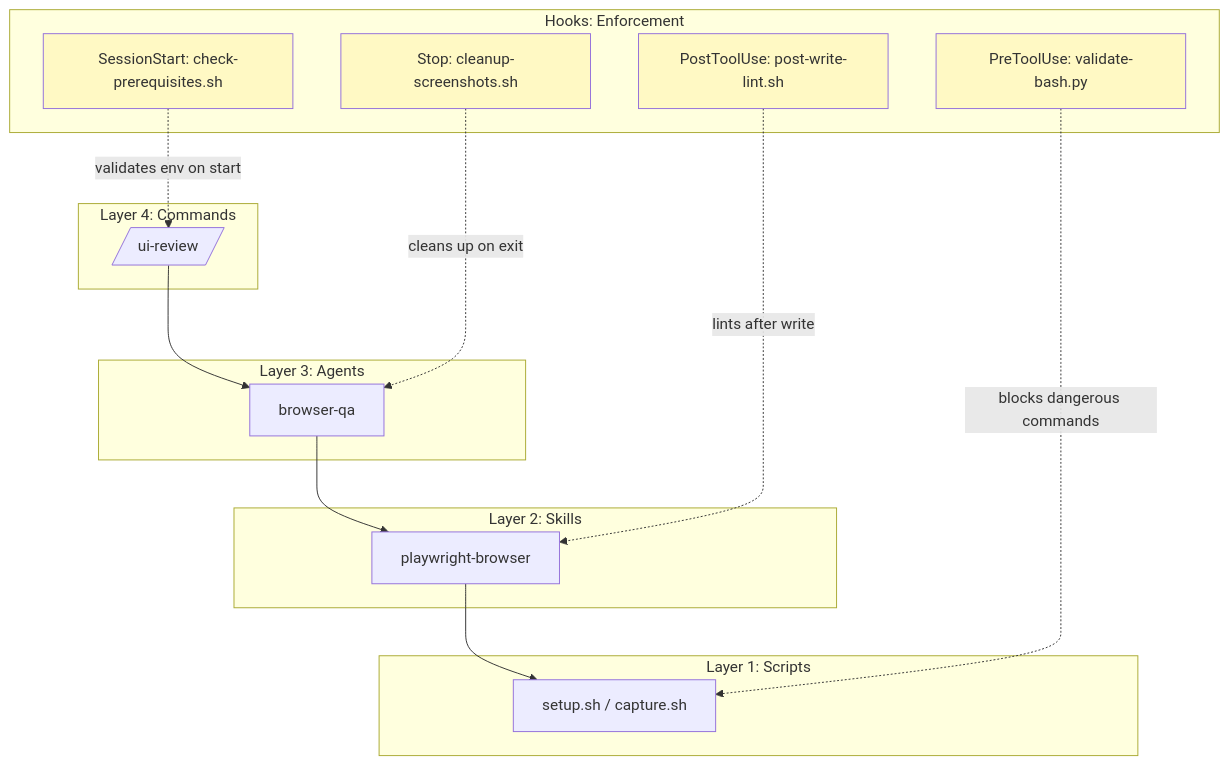
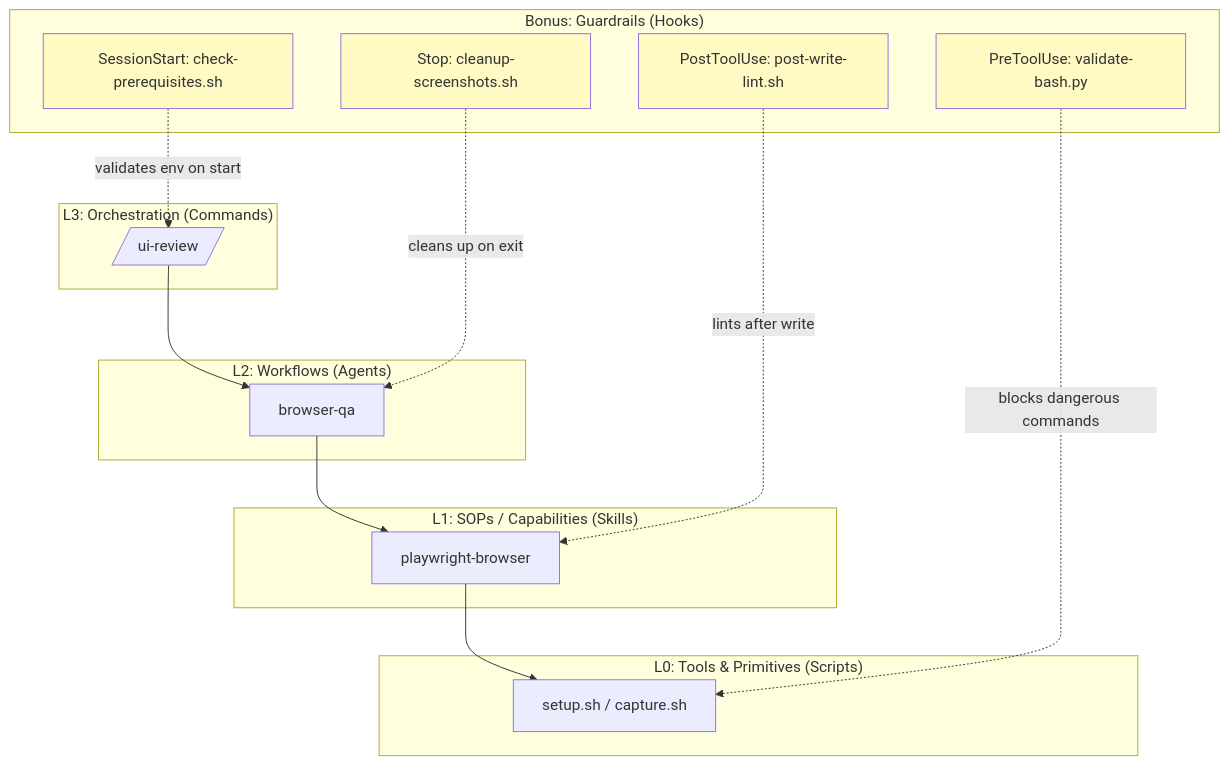
The second of 2 diagrams in docs/hooks-as-guardrails.md (CLIAI/agentic-4layer-architecture), drawn with Mermaid before and after one commit. The commit also changed other lines of this file and 8 other files, not shown here.

````diff
--- a/docs/hooks-as-guardrails.md
+++ b/docs/hooks-as-guardrails.md
@@ -384,39 +384,39 @@
 ```mermaid
 graph TB
-    subgraph "Layer 4: Commands"
+    subgraph "L3: Orchestration (Commands)"
         C[/ui-review/]
     end
 
-    subgraph "Layer 3: Agents"
+    subgraph "L2: Workflows (Agents)"
         A[browser-qa]
     end
 
-    subgraph "Layer 2: Skills"
+    subgraph "L1: SOPs / Capabilities (Skills)"
         S[playwright-browser]
     end
 
-    subgraph "Layer 1: Scripts"
+    subgraph "L0: Tools & Primitives (Scripts)"
         R[setup.sh / capture.sh]
     end
 
-    subgraph "Hooks: Enforcement"
+    subgraph "Bonus: Guardrails (Hooks)"
         H1[PreToolUse: validate-bash.py]
         H2[PostToolUse: post-write-lint.sh]
         H3[Stop: cleanup-screenshots.sh]
         H4[SessionStart: check-prerequisites.sh]
     end
 
     C --> A
     A --> S
     S --> R
 
     H1 -.->|blocks dangerous commands| R
     H2 -.->|lints after write| S
     H3 -.->|cleans up on exit| A
     H4 -.->|validates env on start| C
 
     style H1 fill:#fff9c4
     style H2 fill:#fff9c4
     style H3 fill:#fff9c4
     style H4 fill:#fff9c4
 ```
````
